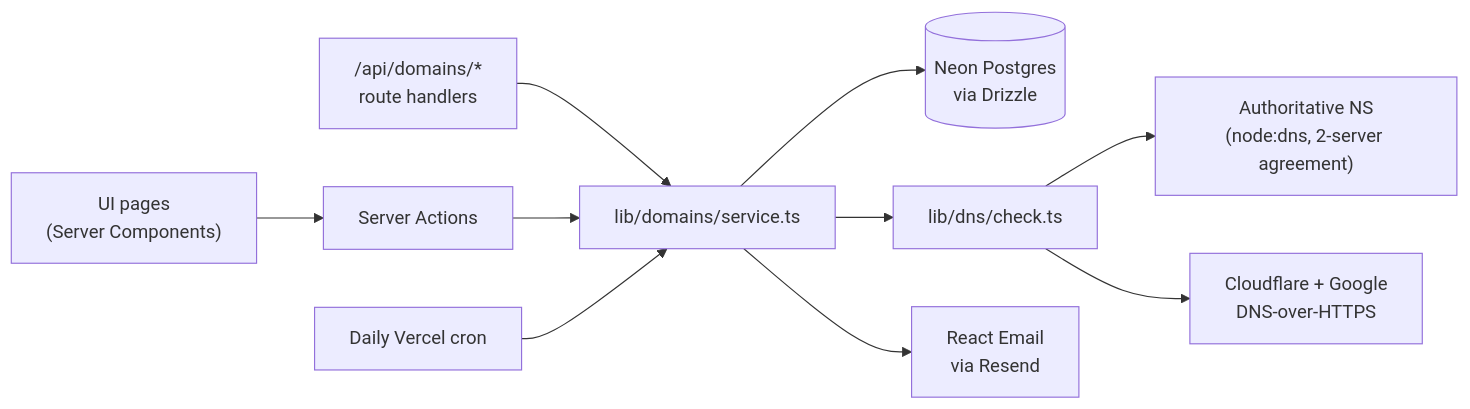
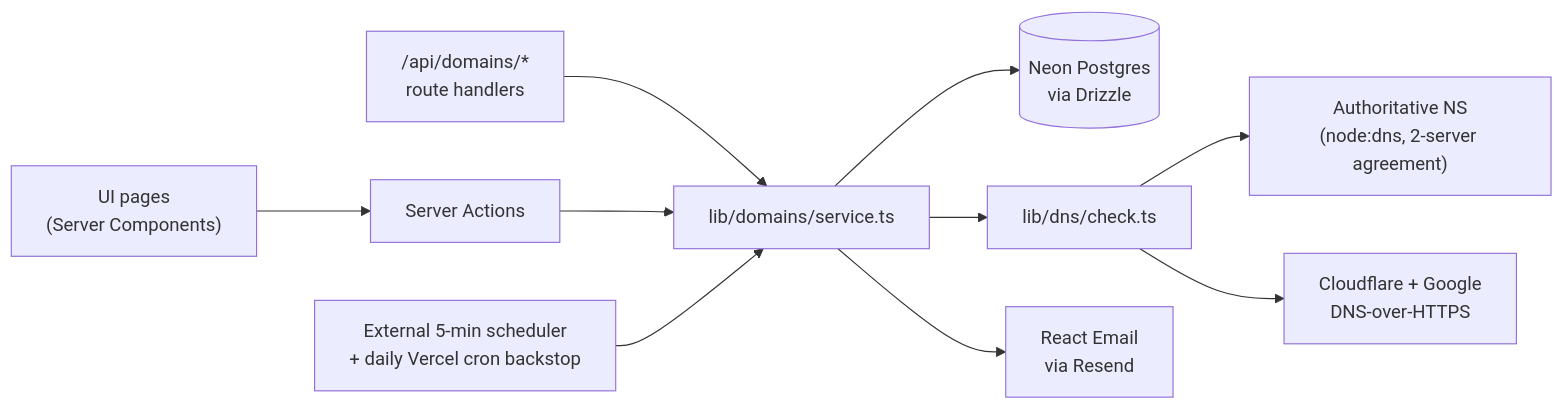
The diagram in README.md (Justbigmack/domainify), drawn with Mermaid before and after one commit. The commit also changed other lines of this file and 5 other files, not shown here.

````diff
--- a/README.md
+++ b/README.md
@@ -37,12 +37,12 @@
 ```mermaid
 flowchart LR
   UI["UI pages<br/>(Server Components)"] --> SA["Server Actions"]
   API["/api/domains/*<br/>route handlers"] --> SVC
   SA --> SVC["lib/domains/service.ts"]
   SVC --> DB[("Neon Postgres<br/>via Drizzle")]
   SVC --> CHECK["lib/dns/check.ts"]
   SVC --> MAIL["React Email<br/>via Resend"]
   CHECK --> AUTHNS["Authoritative NS<br/>(node:dns, 2-server agreement)"]
   CHECK --> DOH["Cloudflare + Google<br/>DNS-over-HTTPS"]
-  CRON["Daily Vercel cron"] --> SVC
+  CRON["External 5-min scheduler<br/>+ daily Vercel cron backstop"] --> SVC
 ```
````
